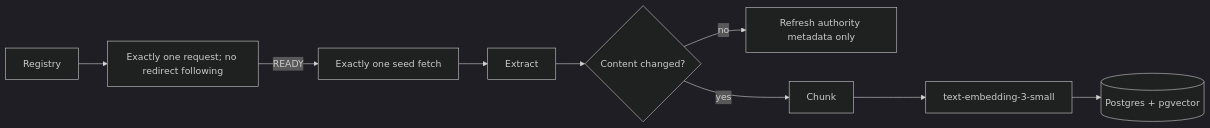
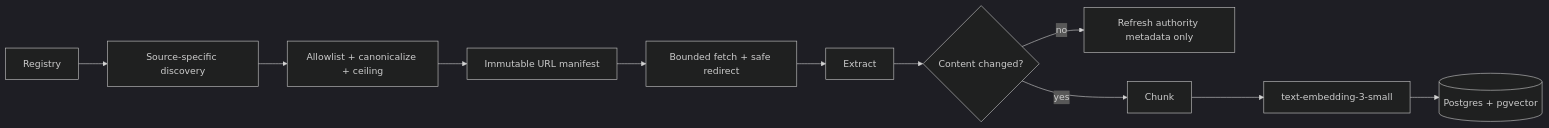
Before and after one commit to tkim602/BuzzBot-backend: the third of 3 diagrams in docs/architecture.md, drawn with Mermaid (dark theme). The commit also changed other lines of this file and 298 other files, not shown here.

````diff
--- a/docs/architecture.md
+++ b/docs/architecture.md
@@ -68,9 +70,11 @@
 ```mermaid
 flowchart LR
-    Registry --> Probe[Exactly one request; no redirect following]
-    Probe -->|READY| Seed[Exactly one seed fetch]
-    Seed --> Extract
+    Registry --> Discover[Source-specific discovery]
+    Discover --> Gate[Allowlist + canonicalize + ceiling]
+    Gate --> Manifest[Immutable URL manifest]
+    Manifest --> Fetch[Bounded fetch + safe redirect]
+    Fetch --> Extract
     Extract --> Hash{Content changed?}
     Hash -->|no| Metadata[Refresh authority metadata only]
     Hash -->|yes| Chunk --> Embed[text-embedding-3-small] --> Index[(Postgres + pgvector)]
 ```
````
